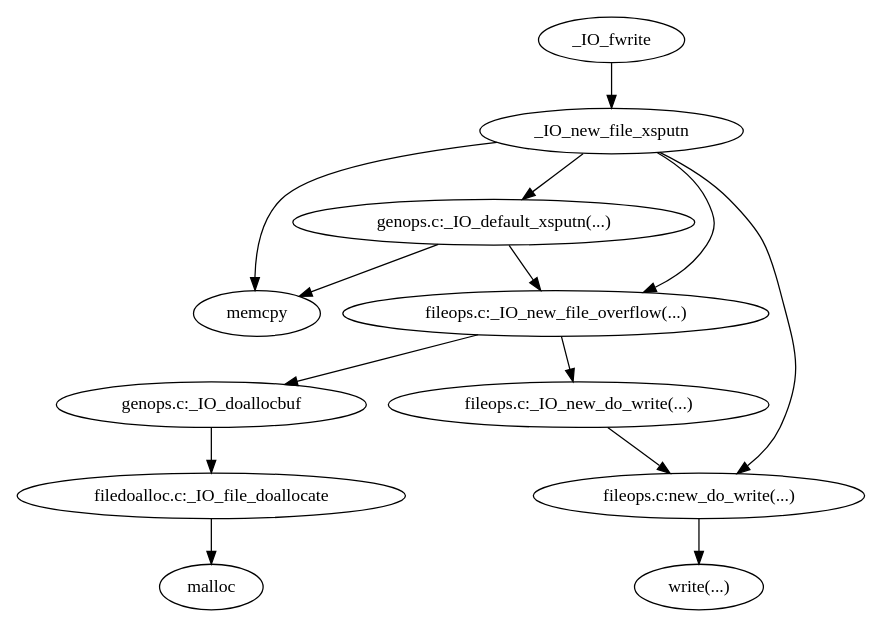
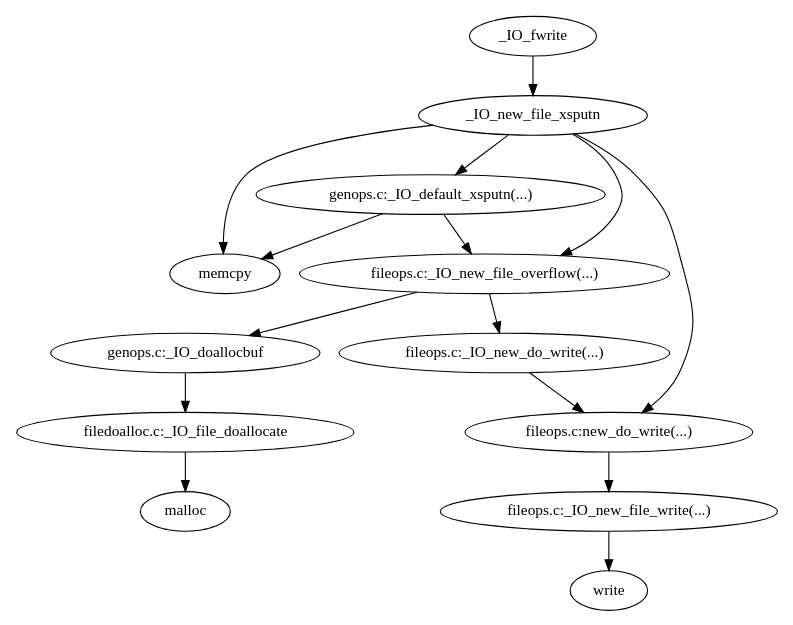
Before and after one commit to ReedLeo/ctf_practice: the diagram in learn_heap/learn_io_pointer/fwrite/fwrite_call_graph.md, drawn with Graphviz.

Commit message:
update call graph

````diff
--- a/learn_heap/learn_io_pointer/fwrite/fwrite_call_graph.md
+++ b/learn_heap/learn_io_pointer/fwrite/fwrite_call_graph.md
@@ -1,32 +1,33 @@
 ```graphviz
 digraph fwrite_call_graph {
     rankdir=TD;
     size="8,5"
 
     fwrite -> _IO_xputn;
         _IO_xputn -> memcpy;
         _IO_xputn -> _IO_OVERFLOW;
             _IO_OVERFLOW -> _IO_doallocbuf;
                 _IO_doallocbuf -> _IO_DOALLOCATE;
                     _IO_DOALLOCATE -> malloc;
             _IO_OVERFLOW -> _IO_new_do_write;
                 _IO_new_do_write -> new_do_write;
         _IO_xputn -> new_do_write;
             new_do_write -> _IO_SYSWRITE;
+                _IO_SYSWRITE -> write;
         _IO_xputn -> _IO_default_xsputn;
             _IO_default_xsputn -> memcpy;
             _IO_default_xsputn -> _IO_OVERFLOW;
     
 
     fwrite [label="_IO_fwrite"];
     _IO_xputn [label="_IO_new_file_xsputn"];
     _IO_OVERFLOW [label="fileops.c:_IO_new_file_overflow(...)"];
     new_do_write [label="fileops.c:new_do_write(...)"];
-    _IO_SYSWRITE [label="write(...)"];
+    _IO_SYSWRITE [label="fileops.c:_IO_new_file_write(...)"];
     _IO_default_xsputn [label = "genops.c:_IO_default_xsputn(...)"];
     _IO_doallocbuf [label = "genops.c:_IO_doallocbuf"];
     _IO_DOALLOCATE [label = "filedoalloc.c:_IO_file_doallocate"];
     _IO_new_do_write [label = "fileops.c:_IO_new_do_write(...)"];
 
 }
 ```
````
